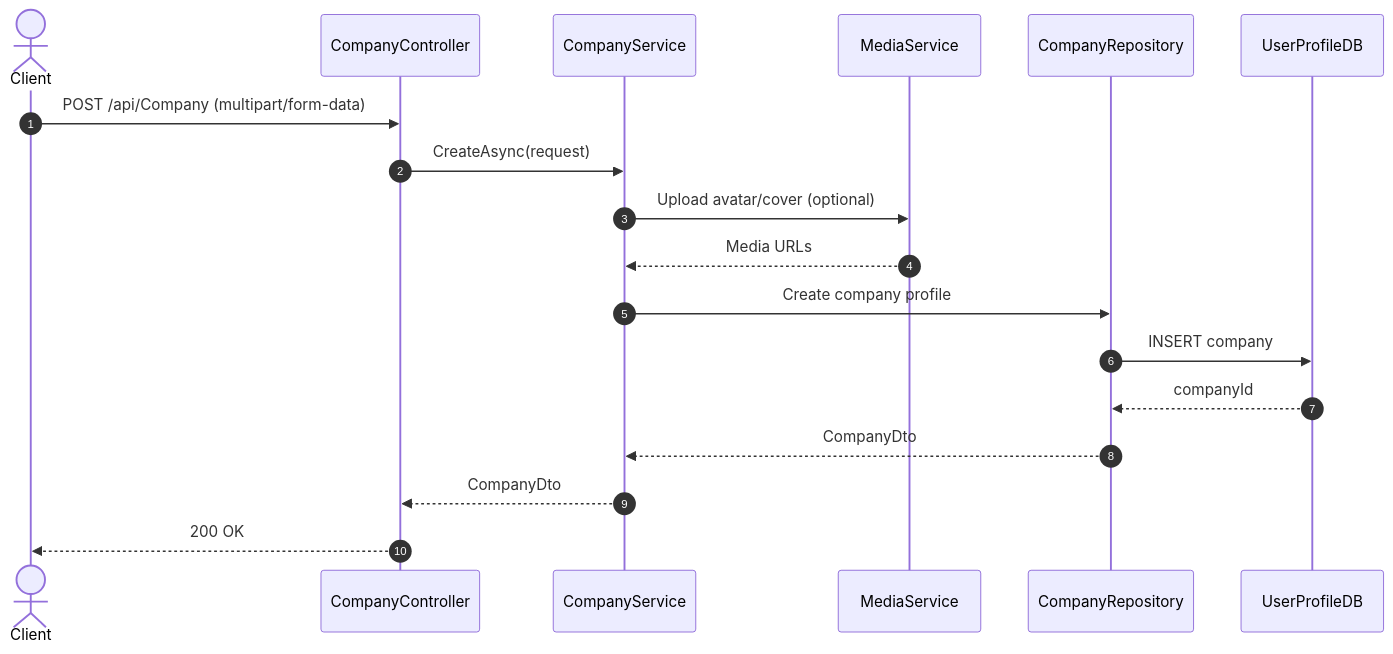
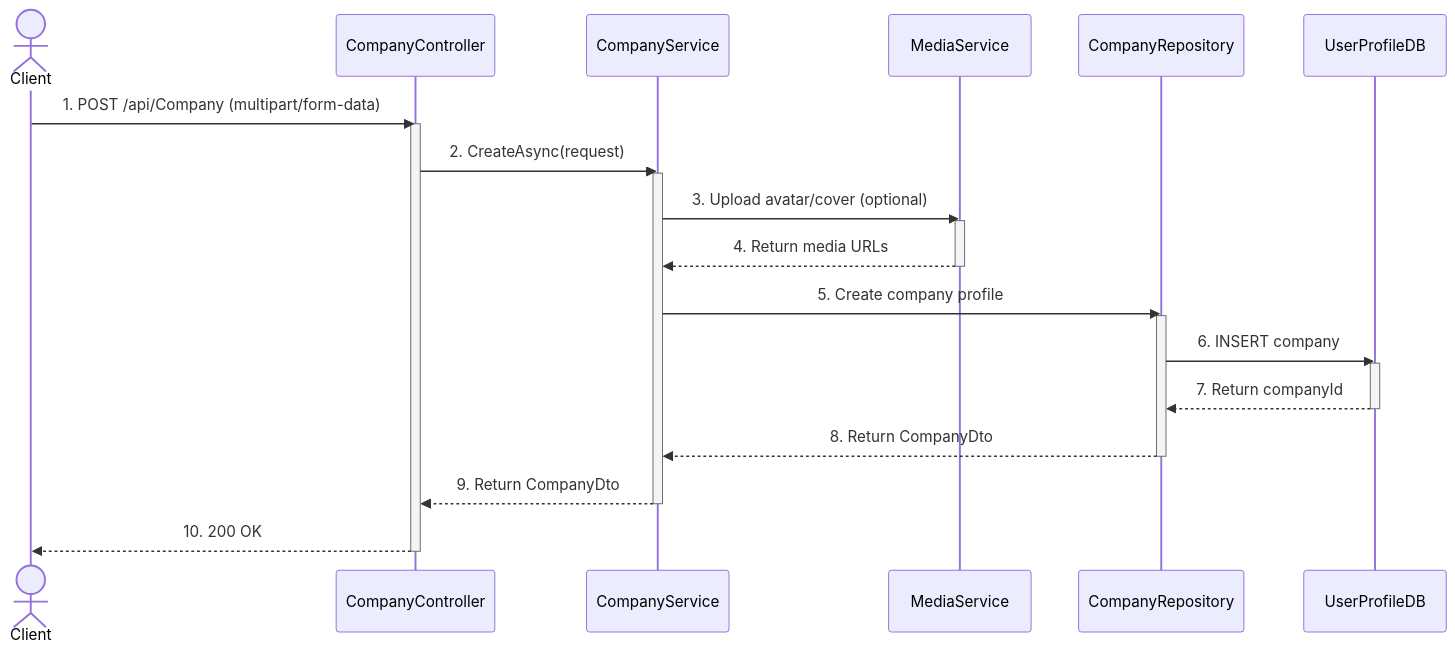
The diagram in sequence_dia/userprofile_service_sequence_diagram.md (SEP490-CapstoneProject/SEP490_BE), drawn with Mermaid before and after one commit. The commit also changed 14 other files, not shown here.

Commit message:
feat: Add sequence diagrams for various services and re-enable subscription quota check in ApplicationService

````diff
--- a/sequence_dia/userprofile_service_sequence_diagram.md
+++ b/sequence_dia/userprofile_service_sequence_diagram.md
@@ -1,21 +1,30 @@
 ```mermaid
 sequenceDiagram
-    autonumber
     actor Client
     participant CompanyController
     participant CompanyService
     participant MediaService
     participant CompanyRepository
     participant UserProfileDB
 
-    Client->>CompanyController: POST /api/Company (multipart/form-data)
-    CompanyController->>CompanyService: CreateAsync(request)
-    CompanyService->>MediaService: Upload avatar/cover (optional)
-    MediaService-->>CompanyService: Media URLs
-    CompanyService->>CompanyRepository: Create company profile
-    CompanyRepository->>UserProfileDB: INSERT company
-    UserProfileDB-->>CompanyRepository: companyId
-    CompanyRepository-->>CompanyService: CompanyDto
-    CompanyService-->>CompanyController: CompanyDto
-    CompanyController-->>Client: 200 OK
+    Client->>CompanyController: 1. POST /api/Company (multipart/form-data)
+    activate CompanyController
+    CompanyController->>CompanyService: 2. CreateAsync(request)
+    activate CompanyService
+    CompanyService->>MediaService: 3. Upload avatar/cover (optional)
+    activate MediaService
+    MediaService-->>CompanyService: 4. Return media URLs
+    deactivate MediaService
+    CompanyService->>CompanyRepository: 5. Create company profile
+    activate CompanyRepository
+    CompanyRepository->>UserProfileDB: 6. INSERT company
+    activate UserProfileDB
+    UserProfileDB-->>CompanyRepository: 7. Return companyId
+    deactivate UserProfileDB
+    CompanyRepository-->>CompanyService: 8. Return CompanyDto
+    deactivate CompanyRepository
+    CompanyService-->>CompanyController: 9. Return CompanyDto
+    deactivate CompanyService
+    CompanyController-->>Client: 10. 200 OK
+    deactivate CompanyController
 ```
````
